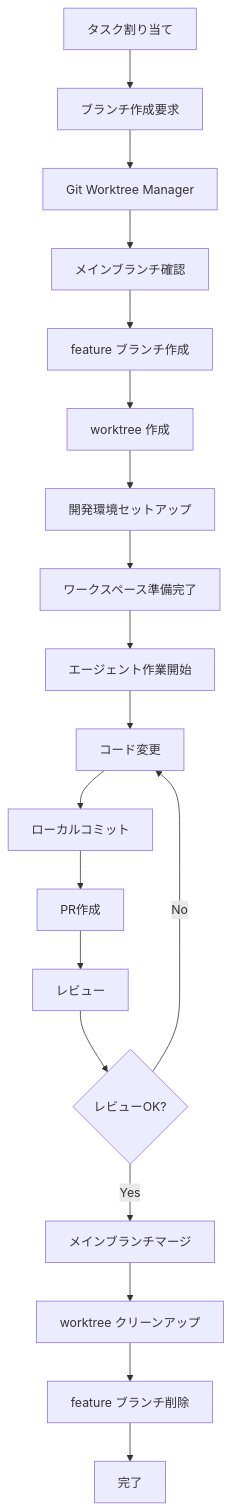
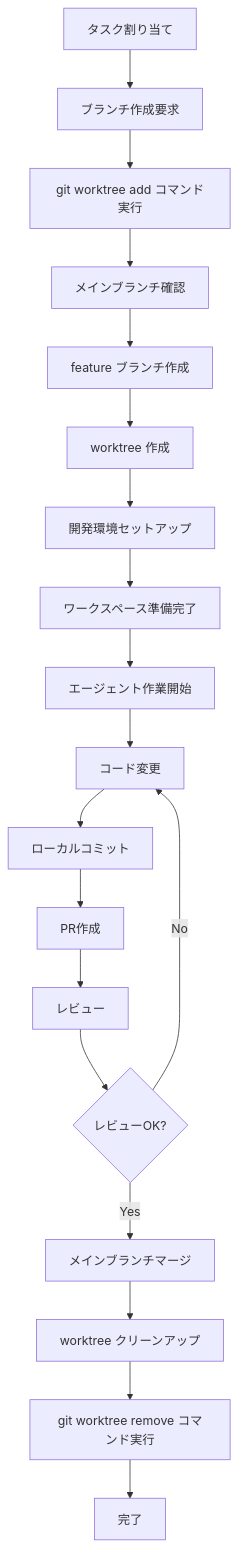
Before and after one commit to norinoriver/ai-multi-agent: the sixth of 14 diagrams in docs/development-flow/design/architecture_dataflow_diagrams.md, drawn with Mermaid. The commit also changed other lines of this file and 2 other files, not shown here.

First line of the commit message:
refactor: Git Worktree Manager概念を削除してgitコマンド直接実行に変更

````diff
--- a/docs/development-flow/design/architecture_dataflow_diagrams.md
+++ b/docs/development-flow/design/architecture_dataflow_diagrams.md
@@ -252,26 +251,26 @@
 ```mermaid
 flowchart TD
     TaskAssigned[タスク割り当て] --> BranchReq[ブランチ作成要求]
-    BranchReq --> GitManager[Git Worktree Manager]
+    BranchReq --> GitCmd[git worktree add コマンド実行]
     
-    GitManager --> CheckMain[メインブランチ確認]
+    GitCmd --> CheckMain[メインブランチ確認]
     CheckMain --> CreateBranch[feature ブランチ作成]
     CreateBranch --> CreateWorktree[worktree 作成]
     CreateWorktree --> SetupEnv[開発環境セットアップ]
     
     SetupEnv --> WorkspaceReady[ワークスペース準備完了]
     WorkspaceReady --> AgentWork[エージェント作業開始]
     
     AgentWork --> CodeChange[コード変更]
     CodeChange --> LocalCommit[ローカルコミット]
     LocalCommit --> PRCreate[PR作成]
     
     PRCreate --> Review[レビュー]
     Review --> ReviewOK{レビューOK?}
     ReviewOK -->|No| CodeChange
     ReviewOK -->|Yes| Merge[メインブランチマージ]
     
     Merge --> Cleanup[worktree クリーンアップ]
-    Cleanup --> BranchDelete[feature ブランチ削除]
+    Cleanup --> BranchDelete[git worktree remove コマンド実行]
     BranchDelete --> Complete[完了]
 ```
````
